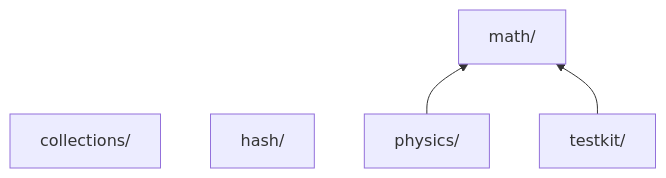
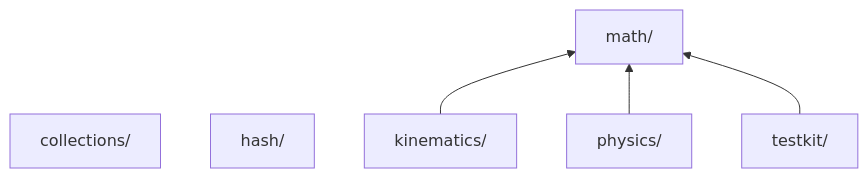
One commit to jose-villegas/autana changed the second of 2 diagrams in docs/firmware/Layers.md. Above: the diagram before and after it, drawn with Mermaid. The commit also changed other lines of this file and 27 other files, not shown here.

First line of the commit message:
kinematics: a package of its own, with orbit_motion from math and follow.h (autana-zli2h)

````diff
--- a/docs/firmware/Layers.md
+++ b/docs/firmware/Layers.md
@@ -127,10 +128,12 @@
 ```mermaid
 flowchart BT
     p_collections["collections/"]
     p_hash["hash/"]
+    p_kinematics["kinematics/"]
     p_math["math/"]
     p_physics["physics/"]
     p_testkit["testkit/"]
+    p_kinematics --> p_math
     p_physics --> p_math
     p_testkit --> p_math
 ```
````
